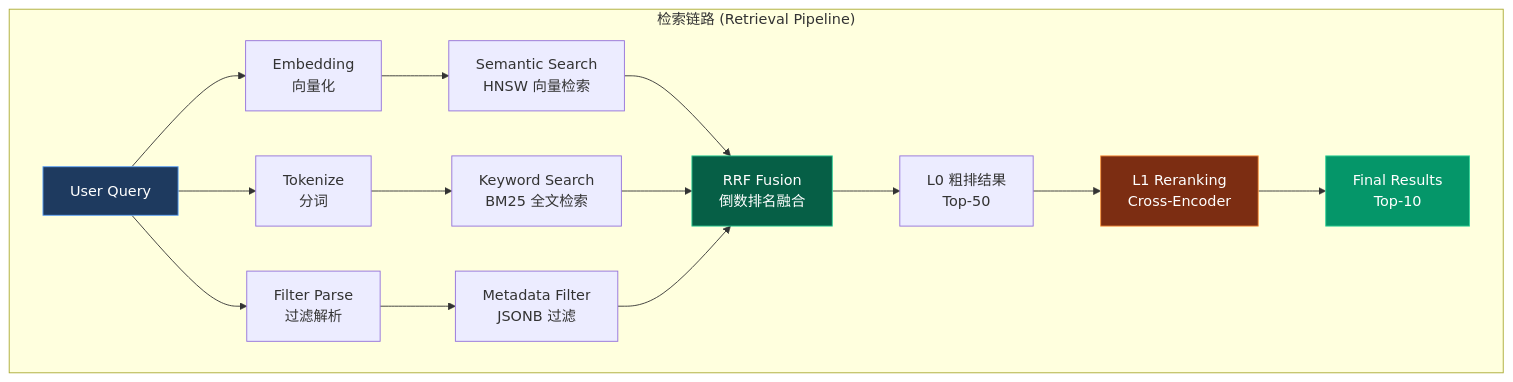
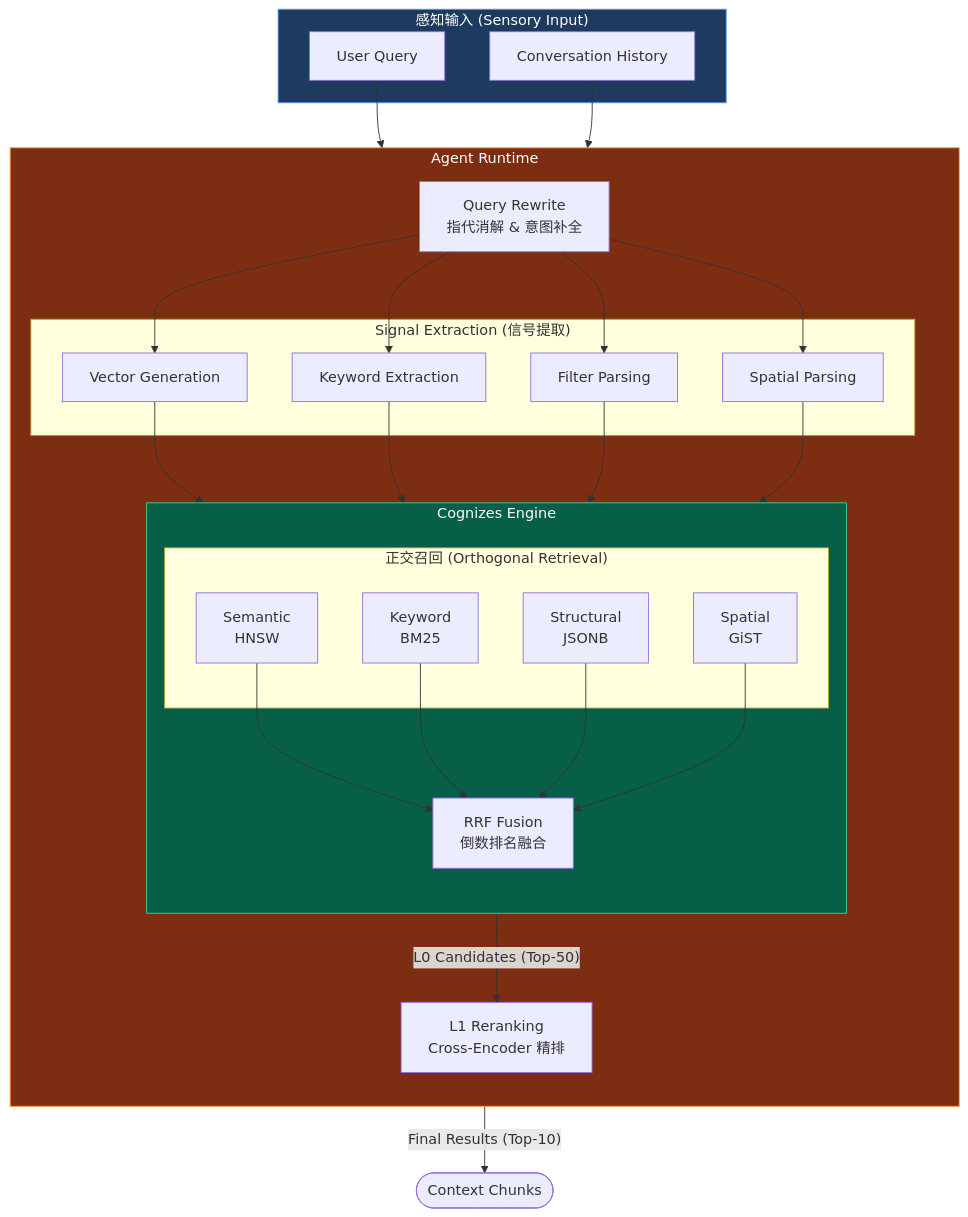
The second of 11 diagrams in docs/engine/030-the-perception.md (ThreeFish-AI/agentic-ai-cognizes), drawn with Mermaid before and after one commit. The commit also changed other lines of this file, not shown here.

Commit message:
docs(perception): 优化核心设计章节的文档结构与图表;
重构 1.2 核心设计章节，引入信号正交性概念与漏斗型感知链路：
- 扩展检索信号类型表格，增加认知层面说明与 PostgreSQL 技术实现
- 新增 Spatial Search 空间检索支持
- 优化检索链路架构图，采用漏斗型架构展示 Agent Runtime 与 Cognizes Engine 的交互
- 完善两阶段检索的技术实现细节，明确延迟预算与关键指标

🤖 Generated with [Claude Code](https://github.com/claude), [Gemini](https://github.com/apps/gemini-code-assist)

````diff
--- a/docs/engine/030-the-perception.md
+++ b/docs/engine/030-the-perception.md
@@ -70,22 +75,52 @@
 ```mermaid
-graph TB
-    subgraph "检索链路 (Retrieval Pipeline)"
-        Q[User Query] --> E[Embedding<br>向量化]
-        Q --> T[Tokenize<br>分词]
-        Q --> F[Filter Parse<br>过滤解析]
-
-        E --> S1[Semantic Search<br>HNSW 向量检索]
-        T --> S2[Keyword Search<br>BM25 全文检索]
-        F --> S3[Metadata Filter<br>JSONB 过滤]
-
-        S1 & S2 & S3 --> RRF[RRF Fusion<br>倒数排名融合]
-        RRF --> L0[L0 粗排结果<br>Top-50]
-        L0 --> RK[L1 Reranking<br>Cross-Encoder]
-        RK --> R[Final Results<br>Top-10]
+flowchart TB
+    subgraph Input ["感知输入 (Sensory Input)"]
+        Q[User Query]
+        H[Conversation History]
     end
 
-    style Q fill:#1e3a5f,stroke:#60a5fa,color:#fff
-    style RRF fill:#065f46,stroke:#34d399,color:#fff
-    style RK fill:#7c2d12,stroke:#fb923c,color:#fff
-    style R fill:#059669,stroke:#34d399,color:#fff
+    subgraph Runtime ["Agent Runtime"]
+        direction TB
+        QR[Query Rewrite<br>指代消解 & 意图补全]
+
+        subgraph Extractor ["Signal Extraction (信号提取)"]
+            E_Vec[Vector Generation]
+            E_Kwd[Keyword Extraction]
+            E_Meta[Filter Parsing]
+            E_Geo[Spatial Parsing]
+        end
+
+        subgraph Storage ["Cognizes Engine"]
+            direction TB
+
+            subgraph Signals ["正交召回 (Orthogonal Retrieval)"]
+                S1[Semantic<br>HNSW]
+                S2[Keyword<br>BM25]
+                S3[Structural<br>JSONB]
+                S4[Spatial<br>GiST]
+            end
+
+            RRF[RRF Fusion<br>倒数排名融合]
+        end
+
+        L1[L1 Reranking<br>Cross-Encoder 精排]
+    end
+
+    %% Flow
+    Q & H --> QR
+    QR --> E_Vec & E_Kwd & E_Meta & E_Geo
+
+    E_Vec --> S1
+    E_Kwd --> S2
+    E_Meta --> S3
+    E_Geo --> S4
+
+    S1 & S2 & S3 & S4 --> RRF
+    RRF -- "L0 Candidates (Top-50)" --> L1
+    L1 -- "Final Results (Top-10)" --> Output([Context Chunks])
+
+    %% Styling
+    style Input fill:#1e3a5f,stroke:#60a5fa,color:#fff
+    style Runtime fill:#7c2d12,stroke:#fb923c,color:#fff
+    style Storage fill:#065f46,stroke:#34d399,color:#fff
 ```
````
